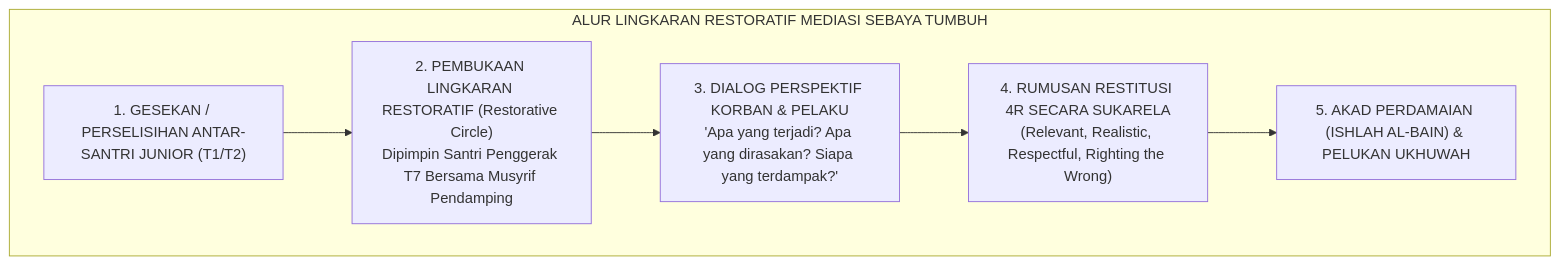
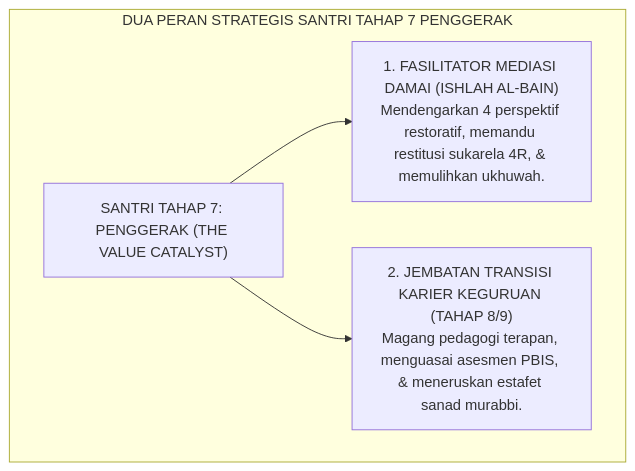
One commit to wandiapriliyandi/tumbuh changed diagram 40 of 47 in BOOK-SERIES/Volume-02/Buku-Volume-02-Taksonomi-Kapasitas-dan-10-Profil-Karakter.md. Above: the diagram before and after it, drawn with Mermaid. The commit also changed other lines of this file and 27 other files, not shown here.

````diff
--- a/BOOK-SERIES/Volume-02/Buku-Volume-02-Taksonomi-Kapasitas-dan-10-Profil-Karakter.md
+++ b/BOOK-SERIES/Volume-02/Buku-Volume-02-Taksonomi-Kapasitas-dan-10-Profil-Karakter.md
@@ -2377,14 +2096,10 @@
 ```mermaid
 graph TD
-    subgraph AlurMediasiDamai["ALUR LINGKARAN RESTORATIF MEDIASI SEBAYA TUMBUH"]
-        Konflik["1. GESEKAN / PERSELISIHAN ANTAR-SANTRI JUNIOR (T1/T2)"]
+    subgraph PuncakPeranTahap7["DUA PERAN STRATEGIS SANTRI TAHAP 7 PENGGERAK"]
+        T7["SANTRI TAHAP 7: PENGGERAK (THE VALUE CATALYST)"]
         
-        Konflik --> Circle["2. PEMBUKAAN LINGKARAN RESTORATIF (Restorative Circle)<br/>Dipimpin Santri Penggerak T7 Bersama Musyrif Pendamping"]
+        T7 --> Mediasi["1. FASILITATOR MEDIASI DAMAI (ISHLAH AL-BAIN)<br/>Mendengarkan 4 perspektif restoratif, memandu restitusi sukarela 4R, & memulihkan ukhuwah."]
         
-        Circle --> Tanya1["3. DIALOG PERSPEKTIF KORBAN & PELAKU<br/>'Apa yang terjadi? Apa yang dirasakan? Siapa yang terdampak?'"]
-        
-        Tanya1 --> Solusi["4. RUMUSAN RESTITUSI 4R SECARA SUKARELA<br/>(Relevant, Realistic, Respectful, Righting the Wrong)"]
-        
-        Solusi --> Ishlah["5. AKAD PERDAMAIAN (ISHLAH AL-BAIN) & PELUKAN UKHUWAH"]
+        T7 --> Transisi["2. JEMBATAN TRANSISI KARIER KEGURUAN (TAHAP 8/9)<br/>Magang pedagogi terapan, menguasai asesmen PBIS, & meneruskan estafet sanad murabbi."]
     end
 ```
````
